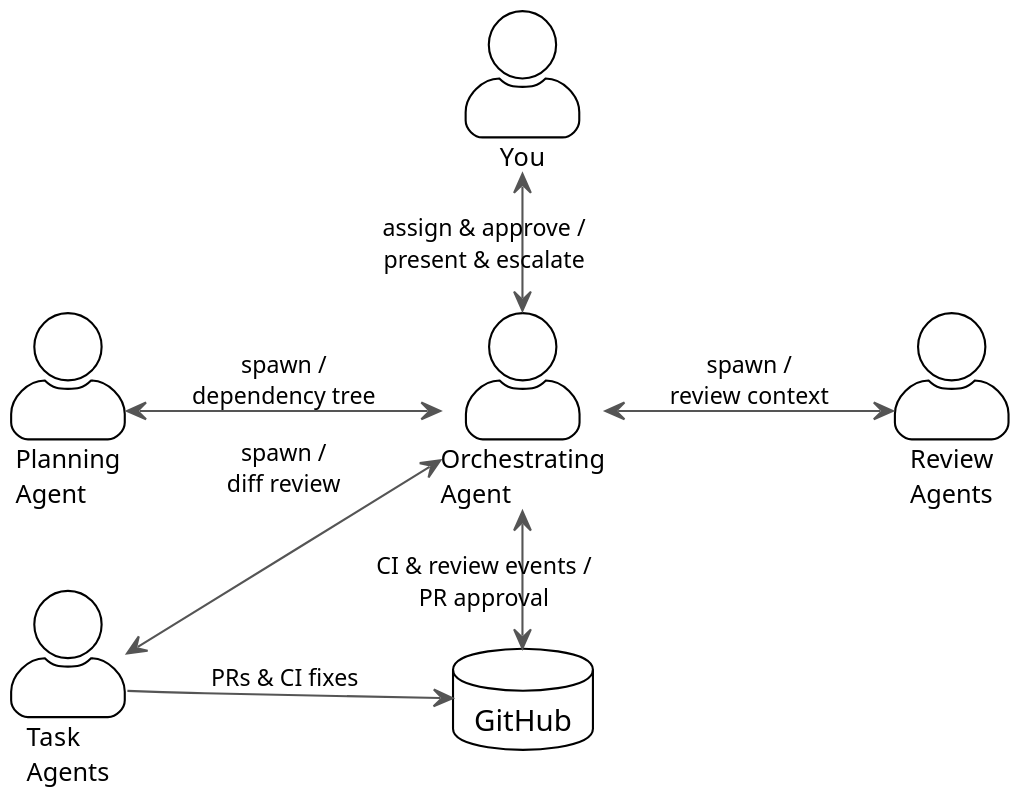
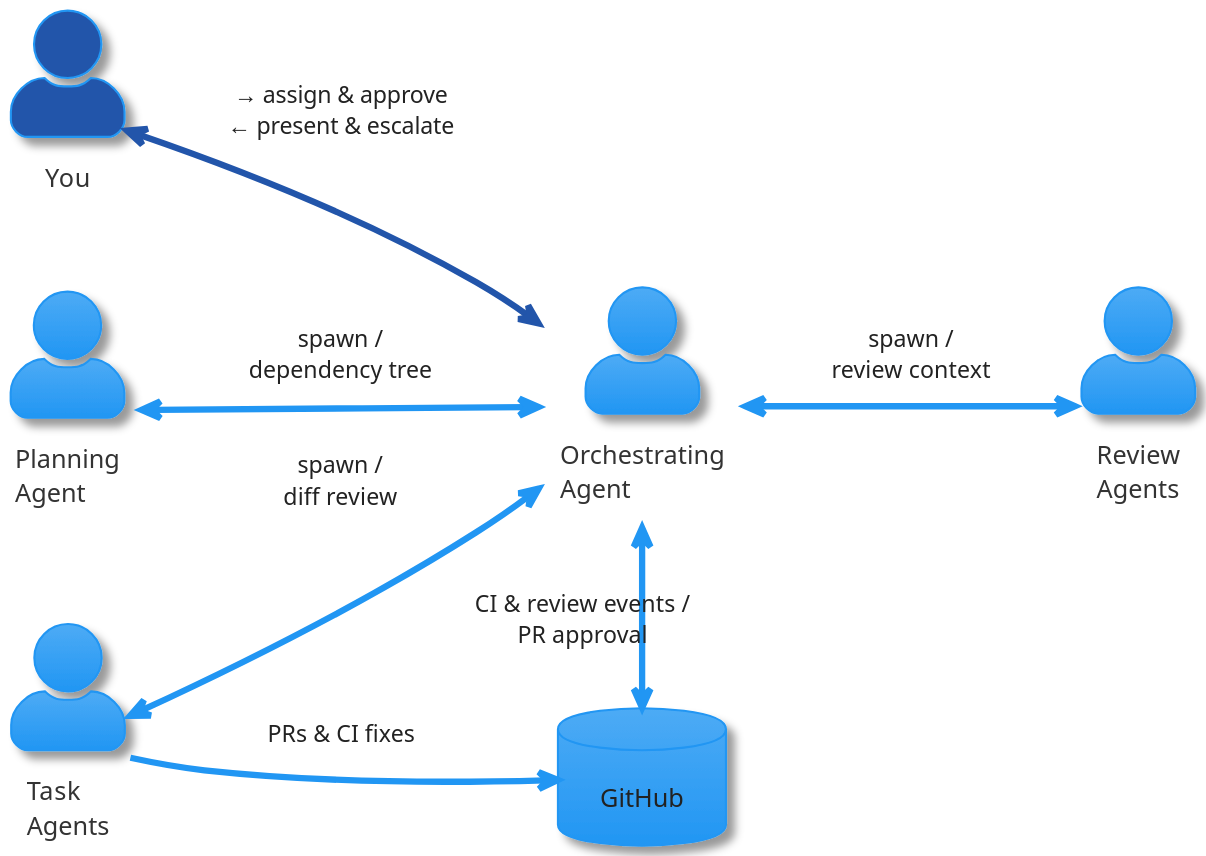
Before and after one commit to evanisnor/agent-workflow: the diagram in docs/orchestration.puml, drawn with PlantUML. The commit also changed 1 other file, not shown here.

Commit message:
Update orchestration diagram: materia theme, improved layout

```diff
--- a/docs/orchestration.puml
+++ b/docs/orchestration.puml
@@ -1,31 +1,31 @@
 @startuml orchestration
-!theme plain
+!theme materia
 skinparam dpi 200
 skinparam backgroundColor #FFFFFF
 skinparam actorStyle awesome
-skinparam arrowColor #555555
 skinparam arrowFontSize 11
 skinparam actorFontSize 12
+skinparam actorFontColor #333333
 
 left to right direction
 
 actor "Planning\nAgent" as pa
 actor "Task\nAgents" as ta
 
-actor "You" as human
+actor "You" as human #2255AA
 actor "Orchestrating\nAgent" as oa
 
 actor "Review\nAgents" as ra
 database "GitHub" as gh
 
-human <-right-> oa : assign & approve /\npresent & escalate
+human <-[#2255AA]-> oa : "→ assign & approve\n← present & escalate"
 
 oa <-up-> pa : spawn /\ndependency tree
 oa <-up-> ta : spawn /\ndiff review
 
 ta -right-> gh : PRs & CI fixes
 gh <-left-> oa : CI & review events /\nPR approval
 
 oa <-down-> ra : spawn /\nreview context
 
 @enduml
```
